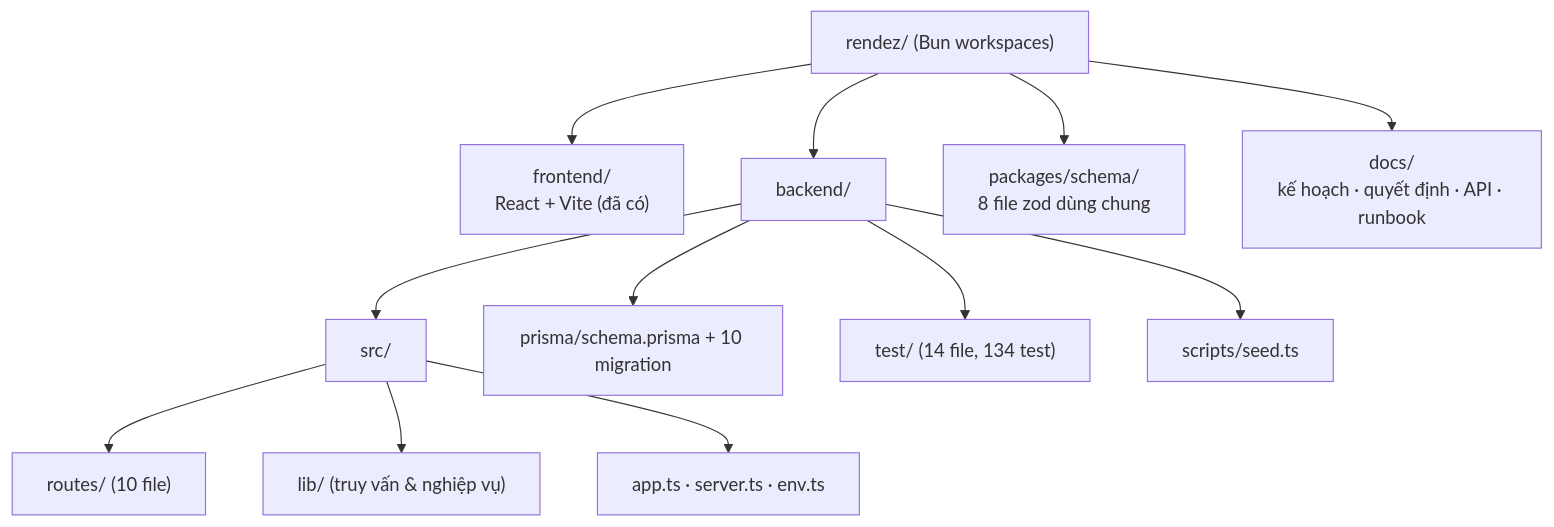
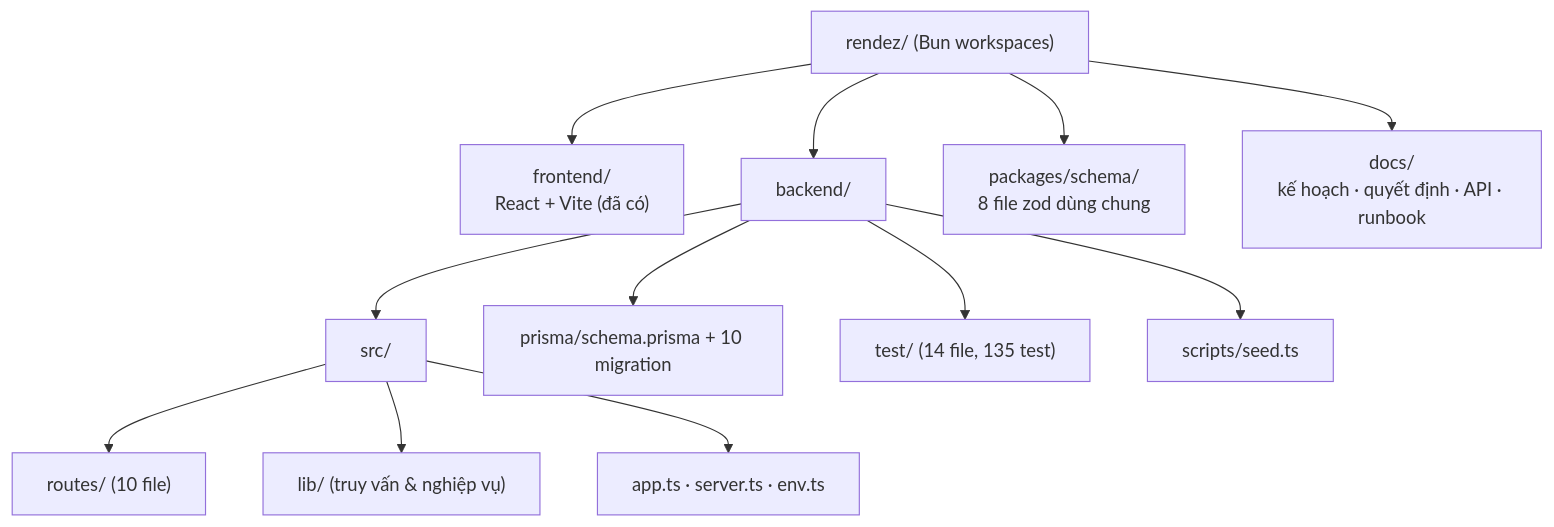
The sixth of 14 diagrams in docs/bao-cao/BAO-CAO-DO-AN.md (longqt321/Rendez-PBL6), drawn with Mermaid before and after one commit. The commit also changed other lines of this file and 3 other files, not shown here.

````diff
--- a/docs/bao-cao/BAO-CAO-DO-AN.md
+++ b/docs/bao-cao/BAO-CAO-DO-AN.md
@@ -443,15 +443,15 @@
 ```mermaid
 flowchart TB
   Root["rendez/ (Bun workspaces)"]
   Root --> FE["frontend/<br/>React + Vite (đã có)"]
   Root --> BE["backend/"]
   Root --> PKG["packages/schema/<br/>8 file zod dùng chung"]
   Root --> DOC["docs/<br/>kế hoạch · quyết định · API · runbook"]
   BE --> SRC["src/"]
   SRC --> R["routes/ (10 file)"]
   SRC --> L["lib/ (truy vấn & nghiệp vụ)"]
   SRC --> I["app.ts · server.ts · env.ts"]
   BE --> PR["prisma/schema.prisma + 10 migration"]
-  BE --> T["test/ (14 file, 134 test)"]
+  BE --> T["test/ (14 file, 135 test)"]
   BE --> SC["scripts/seed.ts"]
 ```
````
